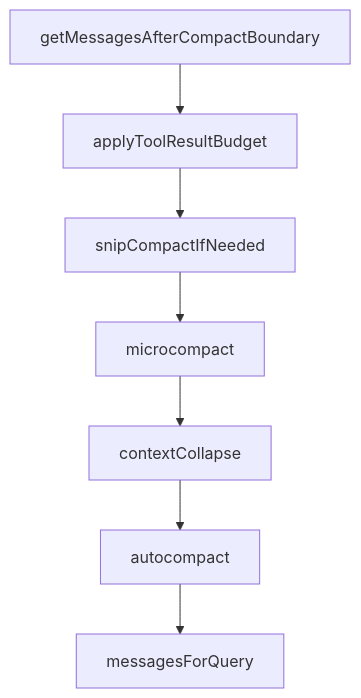
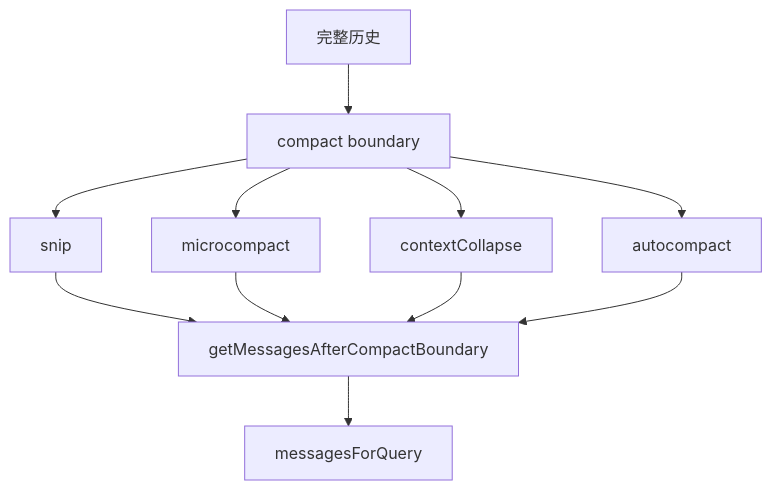
One commit to betaHi/betaHi.github.io changed the diagram in claude-code-architecture/24-compact-context-collapse-and-recovery-boundary.md. Above: the diagram before and after it, drawn with Mermaid. The commit also changed 2 other files, not shown here.

Commit message:
Align ch 05, 15, 24 diagrams with chapter source
- Ch 05: replace generic 挂载点 taxonomy with the 5 categories named in the
  chapter prose (MCP / LSP / skills / plugins / bridge-or-remote).
- Ch 15: the turn epilogue is handleStopHooks, which owns stop-hooks plus
  extract-memories, auto-dream and teammate/task-completed. Reorganize so
  they read as siblings under the epilogue, not descendants of stop-hook
  execution.
- Ch 24: compact boundary is the central structure; snip / microcompact /
  contextCollapse / autocompact are alternative cleaning mechanisms that
  all feed into getMessagesAfterCompactBoundary, not a linear pipeline.

````diff
--- a/claude-code-architecture/24-compact-context-collapse-and-recovery-boundary.md
+++ b/claude-code-architecture/24-compact-context-collapse-and-recovery-boundary.md
@@ -31,9 +31,13 @@
 ```mermaid
 flowchart TD
-    A[getMessagesAfterCompactBoundary] --> B[applyToolResultBudget]
-    B --> C[snipCompactIfNeeded]
-    C --> D[microcompact]
-    D --> E[contextCollapse]
-    E --> F[autocompact]
-    F --> G[messagesForQuery]
+    H[完整历史] --> B[compact boundary]
+    B --> C1[snip]
+    B --> C2[microcompact]
+    B --> C3[contextCollapse]
+    B --> C4[autocompact]
+    C1 --> E[getMessagesAfterCompactBoundary]
+    C2 --> E
+    C3 --> E
+    C4 --> E
+    E --> G[messagesForQuery]
 ```
````
